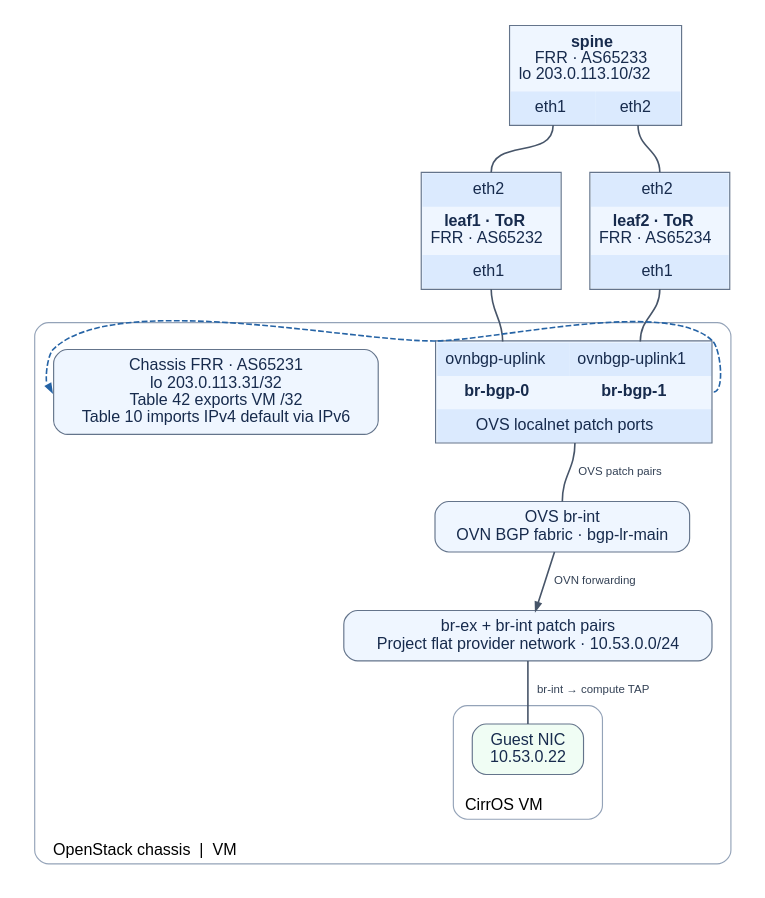
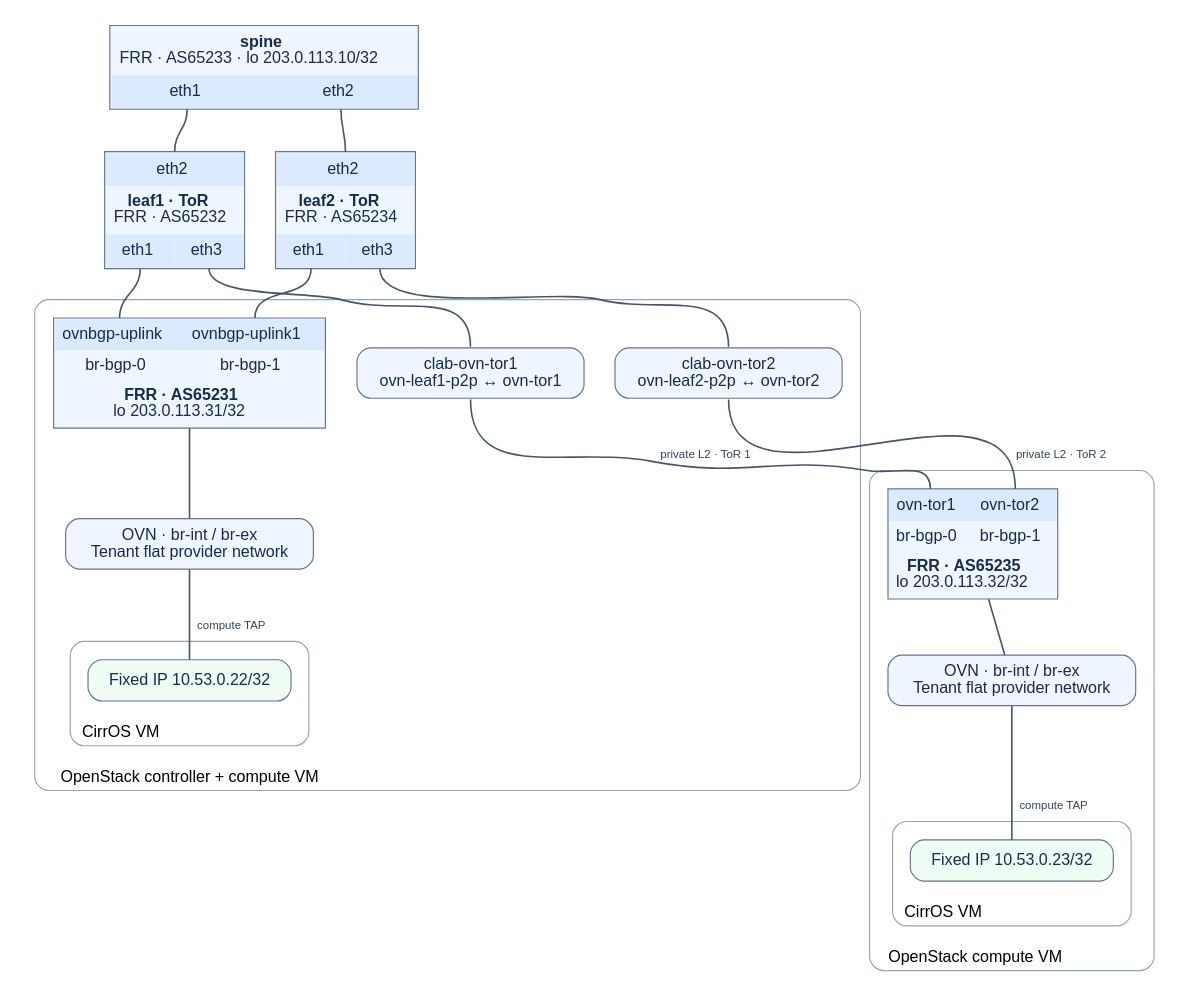
Before and after one commit to sugaf1204/infra-lab: the diagram in openstack-ovn-bgp-service-plugin/network.dot, drawn with Graphviz. The commit also changed 39 other files, not shown here.

Commit message:
Add second lab nodes and IPv6 link-local BGP defaults

```diff
--- a/openstack-ovn-bgp-service-plugin/network.dot
+++ b/openstack-ovn-bgp-service-plugin/network.dot
@@ -1,55 +1,75 @@
-digraph ovn {
-  graph [rankdir=TB, bgcolor="#ffffff", pad=0.2, nodesep=0.35, ranksep=0.55,
+digraph ovn_bgp {
+  graph [rankdir=TB, bgcolor="#ffffff", pad=0.2, nodesep=0.38, ranksep=0.50,
          fontname="Helvetica", newrank=true];
   node [shape=box, style="rounded,filled", fillcolor="#eff6ff", color="#64748b",
-        fontname="Helvetica", fontcolor="#172b4d", margin="0.14,0.1"];
+        fontname="Helvetica", fontcolor="#172b4d", margin="0.14,0.10"];
   edge [color="#475569", penwidth=1.4, fontname="Helvetica",
         fontcolor="#334155", fontsize=10, arrowsize=0.7];
 
   spine [shape=plain, label=<
     <TABLE BORDER="1" CELLBORDER="0" CELLSPACING="0" CELLPADDING="7" COLOR="#64748b" BGCOLOR="#eff6ff">
-      <TR><TD COLSPAN="2"><B>spine</B><BR/>FRR · AS65233<BR/>lo 203.0.113.10/32</TD></TR>
+      <TR><TD COLSPAN="2"><B>spine</B><BR/>FRR · AS65233 · lo 203.0.113.10/32</TD></TR>
       <TR><TD PORT="eth1" BGCOLOR="#dbeafe">eth1</TD><TD PORT="eth2" BGCOLOR="#dbeafe">eth2</TD></TR>
     </TABLE>>];
   leaf1 [shape=plain, label=<
     <TABLE BORDER="1" CELLBORDER="0" CELLSPACING="0" CELLPADDING="7" COLOR="#64748b" BGCOLOR="#eff6ff">
-      <TR><TD PORT="eth2" BGCOLOR="#dbeafe">eth2</TD></TR>
-      <TR><TD><B>leaf1 · ToR</B><BR/>FRR · AS65232</TD></TR>
-      <TR><TD PORT="eth1" BGCOLOR="#dbeafe">eth1</TD></TR>
+      <TR><TD PORT="eth2" COLSPAN="2" BGCOLOR="#dbeafe">eth2</TD></TR>
+      <TR><TD COLSPAN="2"><B>leaf1 · ToR</B><BR/>FRR · AS65232</TD></TR>
+      <TR><TD PORT="eth1" BGCOLOR="#dbeafe">eth1</TD><TD PORT="eth3" BGCOLOR="#dbeafe">eth3</TD></TR>
     </TABLE>>];
   leaf2 [shape=plain, label=<
     <TABLE BORDER="1" CELLBORDER="0" CELLSPACING="0" CELLPADDING="7" COLOR="#64748b" BGCOLOR="#eff6ff">
-      <TR><TD PORT="eth2" BGCOLOR="#dbeafe">eth2</TD></TR>
-      <TR><TD><B>leaf2 · ToR</B><BR/>FRR · AS65234</TD></TR>
-      <TR><TD PORT="eth1" BGCOLOR="#dbeafe">eth1</TD></TR>
+      <TR><TD PORT="eth2" COLSPAN="2" BGCOLOR="#dbeafe">eth2</TD></TR>
+      <TR><TD COLSPAN="2"><B>leaf2 · ToR</B><BR/>FRR · AS65234</TD></TR>
+      <TR><TD PORT="eth1" BGCOLOR="#dbeafe">eth1</TD><TD PORT="eth3" BGCOLOR="#dbeafe">eth3</TD></TR>
     </TABLE>>];
   {rank=same; leaf1; leaf2}
 
-  subgraph cluster_chassis {
-    label="OpenStack chassis  |  VM"; labeljust=l; labelloc=b;
+  subgraph cluster_controller {
+    label="OpenStack controller + compute VM"; labeljust=l; labelloc=b;
     style=rounded; color="#94a3b8"; margin=16;
-    ports [shape=plain, label=<
-      <TABLE BORDER="1" CELLBORDER="0" CELLSPACING="0" CELLPADDING="7" COLOR="#64748b" BGCOLOR="#eff6ff">
-        <TR><TD PORT="up0" BGCOLOR="#dbeafe">ovnbgp-uplink</TD><TD PORT="up1" BGCOLOR="#dbeafe">ovnbgp-uplink1</TD></TR>
-        <TR><TD><B>br-bgp-0</B></TD><TD><B>br-bgp-1</B></TD></TR>
-        <TR><TD COLSPAN="2" PORT="patch" BGCOLOR="#dbeafe">OVS localnet patch ports</TD></TR>
+    controller_ports [shape=plain, label=<
+      <TABLE BORDER="1" CELLBORDER="0" CELLSPACING="0" CELLPADDING="6" COLOR="#64748b" BGCOLOR="#eff6ff">
+        <TR><TD PORT="tor1" BGCOLOR="#dbeafe">ovnbgp-uplink</TD><TD PORT="tor2" BGCOLOR="#dbeafe">ovnbgp-uplink1</TD></TR>
+        <TR><TD>br-bgp-0</TD><TD>br-bgp-1</TD></TR>
+        <TR><TD COLSPAN="2"><B>FRR · AS65231</B><BR/>lo 203.0.113.31/32</TD></TR>
       </TABLE>>];
-    pipeline [label="OVS br-int\nOVN BGP fabric · bgp-lr-main"];
-    provider [label="br-ex + br-int patch pairs\nProject flat provider network · 10.53.0.0/24"];
-    routing [label="Chassis FRR · AS65231\nlo 203.0.113.31/32\nTable 42 exports VM /32\nTable 10 imports IPv4 default via IPv6"];
-    subgraph cluster_guest {
+    controller_ovn [label="OVN · br-int / br-ex\nTenant flat provider network"];
+    relay1 [label="clab-ovn-tor1\novn-leaf1-p2p ↔ ovn-tor1"];
+    relay2 [label="clab-ovn-tor2\novn-leaf2-p2p ↔ ovn-tor2"];
+    {rank=same; controller_ports; relay1; relay2}
+    subgraph cluster_controller_guest {
       label="CirrOS VM"; labelloc=b; color="#94a3b8"; style=rounded;
-      nic [label="Guest NIC\n10.53.0.22", fillcolor="#f0fdf4"];
+      vm1 [label="Fixed IP 10.53.0.22/32", fillcolor="#f0fdf4"];
     }
+    controller_ports -> controller_ovn [dir=none];
+    controller_ovn -> vm1 [dir=none, label="  compute TAP"];
+  }
 
-    ports:patch:s -> pipeline:n [dir=none, label="  OVS patch pairs"];
-    ports:e -> routing:w [dir=none, color="#2563a5", style=dashed, constraint=false];
-    pipeline -> provider [label="  OVN forwarding"];
-    provider -> nic [dir=none, label="  br-int → compute TAP"];
-    {rank=same; ports; routing}
+  subgraph cluster_compute {
+    label="OpenStack compute VM"; labeljust=l; labelloc=b;
+    style=rounded; color="#94a3b8"; margin=16;
+    compute_ports [shape=plain, label=<
+      <TABLE BORDER="1" CELLBORDER="0" CELLSPACING="0" CELLPADDING="6" COLOR="#64748b" BGCOLOR="#eff6ff">
+        <TR><TD PORT="tor1" BGCOLOR="#dbeafe">ovn-tor1</TD><TD PORT="tor2" BGCOLOR="#dbeafe">ovn-tor2</TD></TR>
+        <TR><TD>br-bgp-0</TD><TD>br-bgp-1</TD></TR>
+        <TR><TD COLSPAN="2"><B>FRR · AS65235</B><BR/>lo 203.0.113.32/32</TD></TR>
+      </TABLE>>];
+    compute_ovn [label="OVN · br-int / br-ex\nTenant flat provider network"];
+    subgraph cluster_compute_guest {
+      label="CirrOS VM"; labelloc=b; color="#94a3b8"; style=rounded;
+      vm2 [label="Fixed IP 10.53.0.23/32", fillcolor="#f0fdf4"];
+    }
+    compute_ports -> compute_ovn [dir=none];
+    compute_ovn -> vm2 [dir=none, label="  compute TAP"];
   }
+
   spine:eth1:s -> leaf1:eth2:n [dir=none];
   spine:eth2:s -> leaf2:eth2:n [dir=none];
-  leaf1:eth1:s -> ports:up0:n [dir=none];
-  leaf2:eth1:s -> ports:up1:n [dir=none];
+  leaf1:eth1:s -> controller_ports:tor1:n [dir=none];
+  leaf2:eth1:s -> controller_ports:tor2:n [dir=none];
+  leaf1:eth3:s -> relay1:n [dir=none];
+  leaf2:eth3:s -> relay2:n [dir=none];
+  relay1:s -> compute_ports:tor1:n [dir=none, label="  private L2 · ToR 1"];
+  relay2:s -> compute_ports:tor2:n [dir=none, label="  private L2 · ToR 2"];
 }
```
